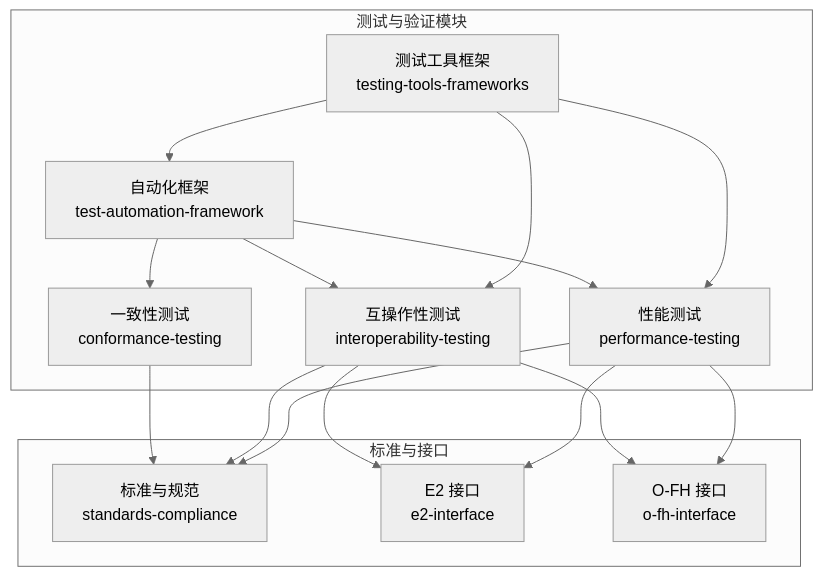
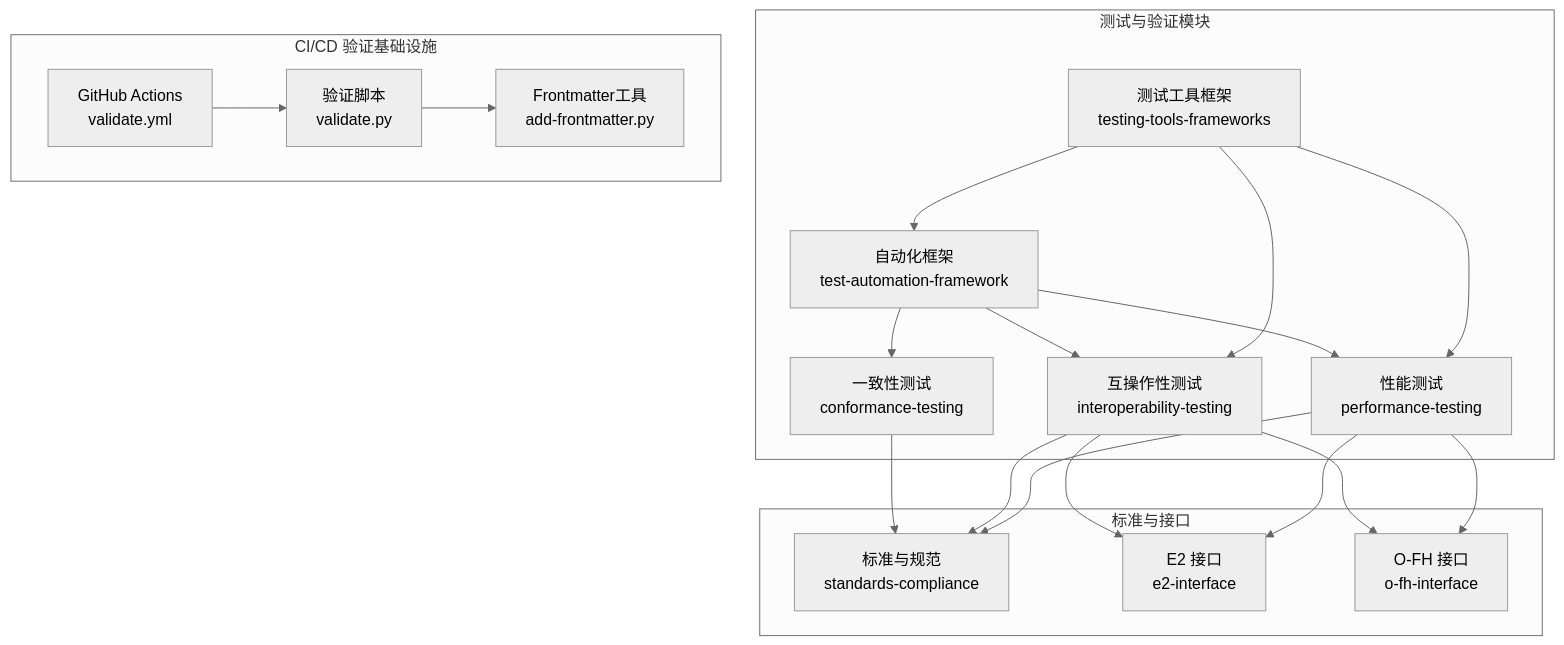
The first of 11 diagrams in .qoder/repowiki/zh/content/测试与验证/测试与验证.md (allengaller/oran-database), drawn with Mermaid (neutral theme) before and after one commit. The commit also changed other lines of this file and 13 other files, not shown here.

````diff
--- a/.qoder/repowiki/zh/content/测试与验证/测试与验证.md
+++ b/.qoder/repowiki/zh/content/测试与验证/测试与验证.md
@@ -33,28 +47,35 @@
 ```mermaid
 graph TB
 subgraph "测试与验证模块"
 AF["自动化框架<br/>test-automation-framework"]
 CT["一致性测试<br/>conformance-testing"]
 IT["互操作性测试<br/>interoperability-testing"]
 PT["性能测试<br/>performance-testing"]
 TT["测试工具框架<br/>testing-tools-frameworks"]
+end
+subgraph "CI/CD 验证基础设施"
+GH["GitHub Actions<br/>validate.yml"]
+VS["验证脚本<br/>validate.py"]
+FM["Frontmatter工具<br/>add-frontmatter.py"]
 end
 subgraph "标准与接口"
 SC["标准与规范<br/>standards-compliance"]
 E2["E2 接口<br/>e2-interface"]
 FH["O-FH 接口<br/>o-fh-interface"]
 end
 AF --> IT
 AF --> PT
 AF --> CT
 IT --> E2
 IT --> FH
 PT --> E2
 PT --> FH
 CT --> SC
 IT --> SC
 PT --> SC
 TT --> AF
 TT --> IT
 TT --> PT
+GH --> VS
+VS --> FM
 ```
````
